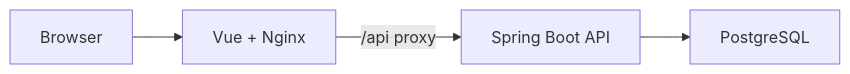
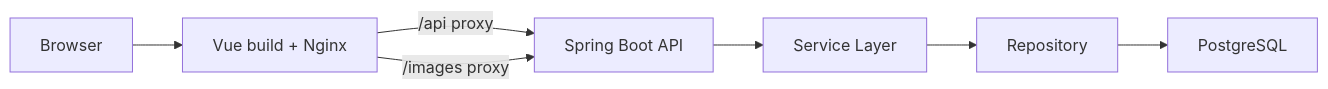
Before and after one commit to woongpro416/logitech: the first of 2 diagrams in README.md, drawn with Mermaid. The commit also changed other lines of this file, not shown here.

````diff
--- a/README.md
+++ b/README.md
@@ -16,6 +44,9 @@
 ```mermaid
 flowchart LR
-    Browser["Browser"] --> Frontend["Vue + Nginx"]
-    Frontend -->|/api proxy| Backend["Spring Boot API"]
-    Backend --> DB["PostgreSQL"]
+    Browser["Browser"] --> Nginx["Vue build + Nginx"]
+    Nginx -->|/api proxy| Backend["Spring Boot API"]
+    Nginx -->|/images proxy| Backend
+    Backend --> Service["Service Layer"]
+    Service --> Repository["Repository"]
+    Repository --> DB["PostgreSQL"]
 ```
````
